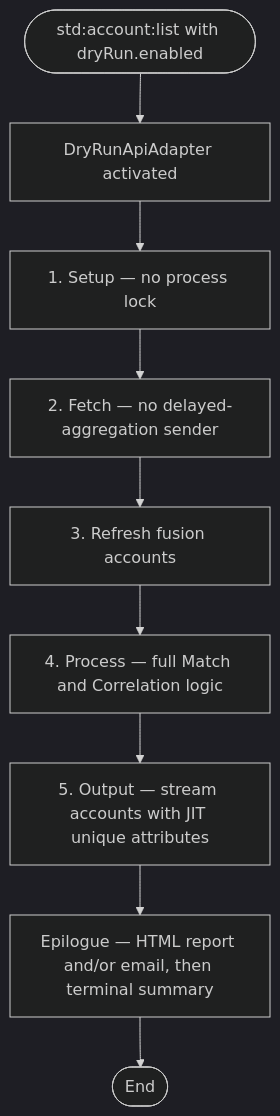
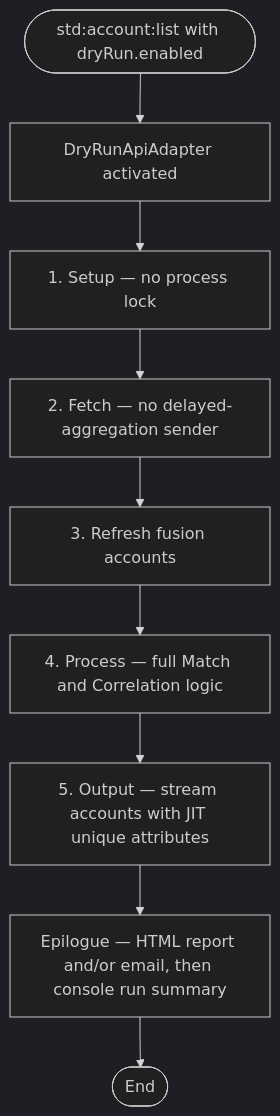
The diagram in docs/operations/dry-run.md (fernando-delosrios-sp/colab-saas-conn-sailpoint-identity-fusion), drawn with Mermaid (dark theme) before and after one commit. The commit also changed other lines of this file and 8 other files, not shown here.

First line of the commit message:
fix(dry-run): log run summary to console instead of res.send

````diff
--- a/docs/operations/dry-run.md
+++ b/docs/operations/dry-run.md
@@ -48,11 +48,11 @@
 ```mermaid
 flowchart TD
     Start([std:account:list with dryRun.enabled]) --> Adapter[DryRunApiAdapter activated]
     Adapter --> Setup[1. Setup — no process lock]
     Setup --> Fetch[2. Fetch — no delayed-aggregation sender]
     Fetch --> Refresh[3. Refresh fusion accounts]
     Refresh --> Process[4. Process — full Match and Correlation logic]
     Process --> Output[5. Output — stream accounts with JIT unique attributes]
-    Output --> Epilogue[Epilogue — HTML report and/or email, then terminal summary]
+    Output --> Epilogue[Epilogue — HTML report and/or email, then console run summary]
     Epilogue --> End([End])
 ```
````
